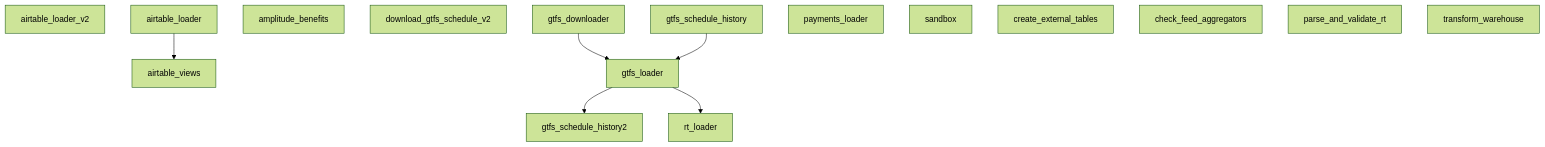
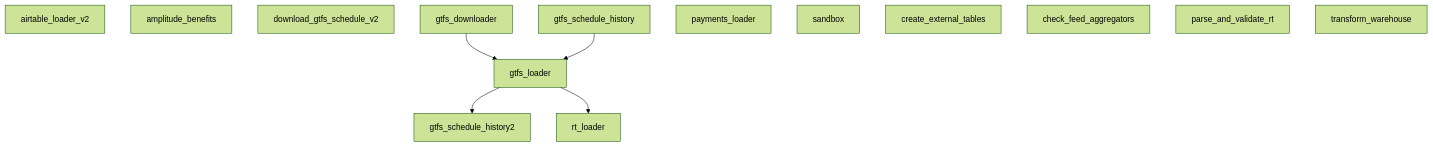
The diagram in docs/airflow/production-maintenance.md (cal-itp/data-infra), drawn with Mermaid (forest theme) before and after one commit. The commit also changed other lines of this file, not shown here.

Commit message:
docs: remove references to deprecated airtable dags

````diff
--- a/docs/airflow/production-maintenance.md
+++ b/docs/airflow/production-maintenance.md
@@ -69,17 +69,16 @@
 ```{mermaid}
   graph TD;
       airtable_loader_v2;
-      airtable_loader-->airtable_views;
       amplitude_benefits;
       download_gtfs_schedule_v2;
       gtfs_downloader-->gtfs_loader;
       gtfs_schedule_history-->gtfs_loader;
       gtfs_loader-->gtfs_schedule_history2;
       payments_loader;
       gtfs_loader-->rt_loader;
       sandbox;
       create_external_tables;
       check_feed_aggregators;
       parse_and_validate_rt;
       transform_warehouse;
 ```
````
